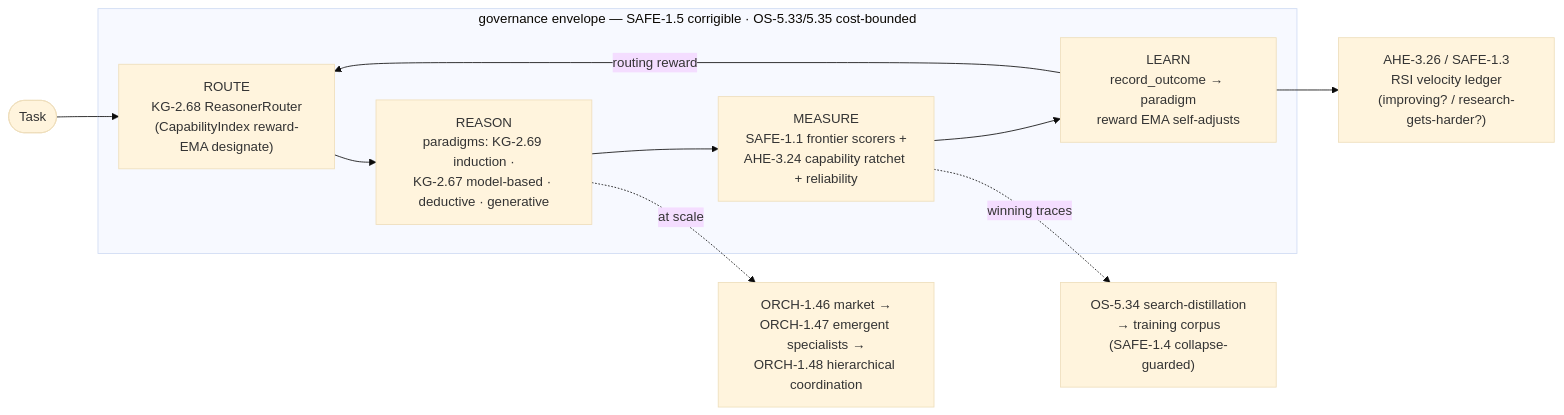
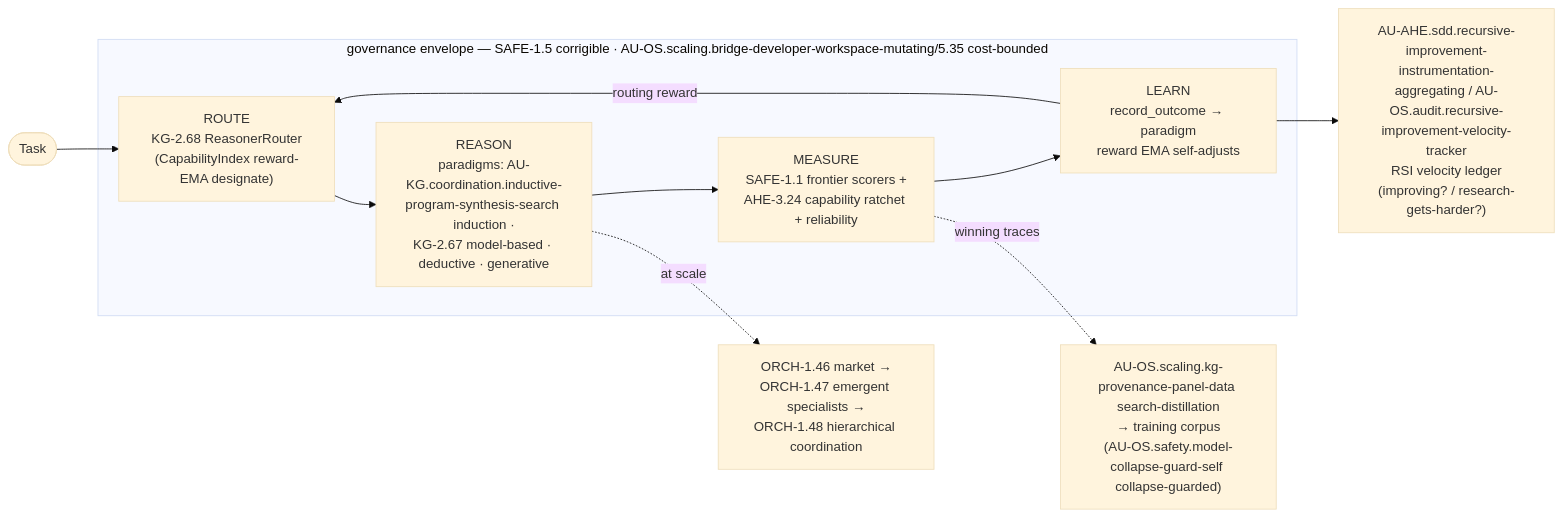
One commit to Knuckles-Team/agent-utilities changed the first of 3 diagrams in docs/architecture/self_improving_reasoning_substrate.md. Above: the diagram before and after it, drawn with Mermaid (base theme). The commit also changed other lines of this file and 2324 other files, not shown here.

````diff
--- a/docs/architecture/self_improving_reasoning_substrate.md
+++ b/docs/architecture/self_improving_reasoning_substrate.md
@@ -16,15 +16,15 @@
 ```mermaid
 flowchart LR
     task([Task]) --> ROUTE
-    subgraph envelope["governance envelope — SAFE-1.5 corrigible · OS-5.33/5.35 cost-bounded"]
+    subgraph envelope["governance envelope — SAFE-1.5 corrigible · AU-OS.scaling.bridge-developer-workspace-mutating/5.35 cost-bounded"]
       ROUTE["ROUTE\nKG-2.68 ReasonerRouter\n(CapabilityIndex reward-EMA designate)"]
-      REASON["REASON\nparadigms: KG-2.69 induction ·\nKG-2.67 model-based · deductive · generative"]
+      REASON["REASON\nparadigms: AU-KG.coordination.inductive-program-synthesis-search induction ·\nKG-2.67 model-based · deductive · generative"]
       MEASURE["MEASURE\nSAFE-1.1 frontier scorers +\nAHE-3.24 capability ratchet + reliability"]
       LEARN["LEARN\nrecord_outcome → paradigm\nreward EMA self-adjusts"]
       ROUTE --> REASON --> MEASURE --> LEARN
       LEARN -- "routing reward" --> ROUTE
     end
-    LEARN --> LEDGER["AHE-3.26 / SAFE-1.3\nRSI velocity ledger\n(improving? / research-gets-harder?)"]
-    MEASURE -. "winning traces" .-> DISTIL["OS-5.34 search-distillation\n→ training corpus\n(SAFE-1.4 collapse-guarded)"]
+    LEARN --> LEDGER["AU-AHE.sdd.recursive-improvement-instrumentation-aggregating / AU-OS.audit.recursive-improvement-velocity-tracker\nRSI velocity ledger\n(improving? / research-gets-harder?)"]
+    MEASURE -. "winning traces" .-> DISTIL["AU-OS.scaling.kg-provenance-panel-data search-distillation\n→ training corpus\n(AU-OS.safety.model-collapse-guard-self collapse-guarded)"]
     REASON -. "at scale" .-> MARKET["ORCH-1.46 market →\nORCH-1.47 emergent specialists →\nORCH-1.48 hierarchical coordination"]
 ```
````
